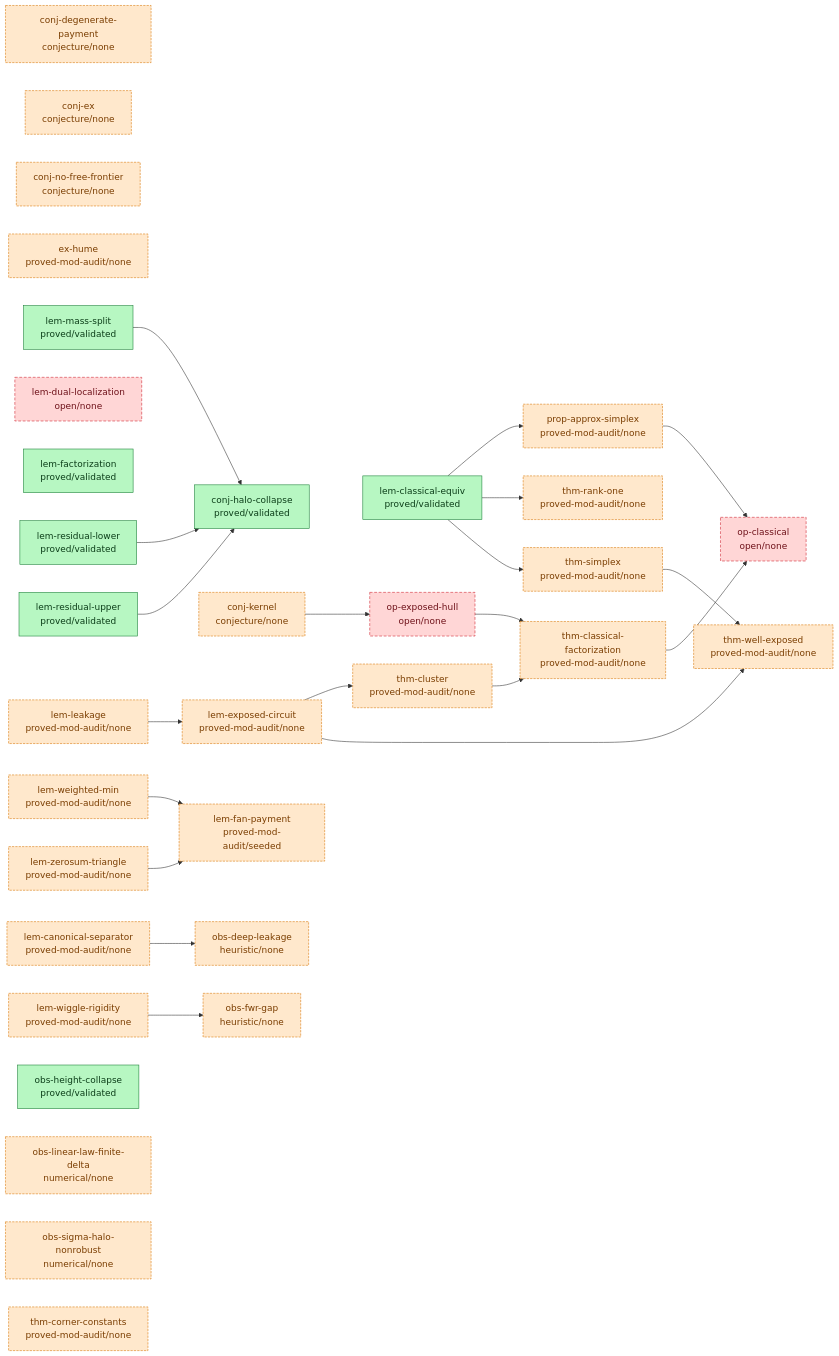
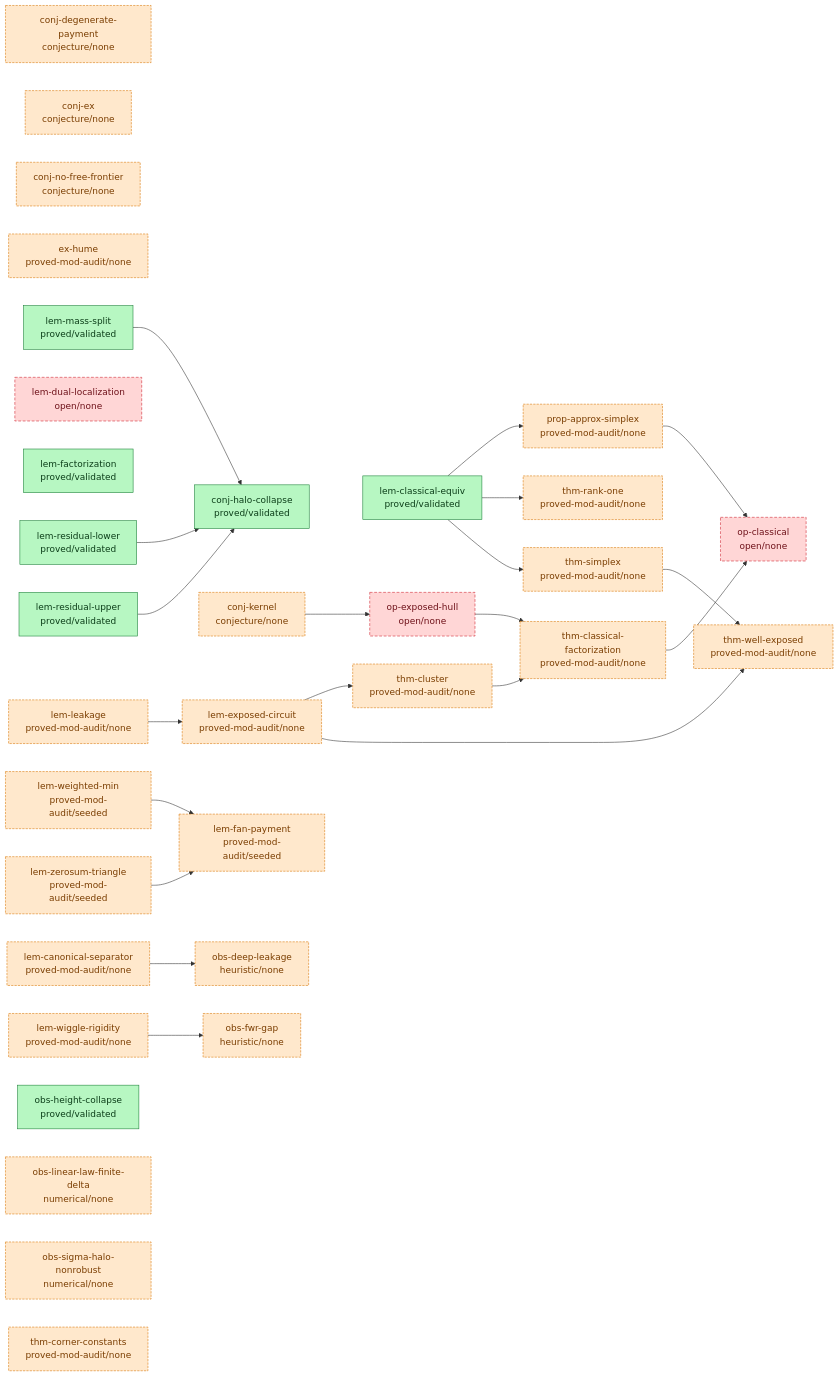
One commit to tobiasosborne/almost-idempotent-stochastic-maps changed the diagram in argument/DAG.md. Above: the diagram before and after it, drawn with Mermaid. The commit also changed 12 other files, not shown here.

First line of the commit message:
Seed af workspaces for the two fan-payment sub-lemmas (af: none->seeded)

````diff
--- a/argument/DAG.md
+++ b/argument/DAG.md
@@ -6,65 +6,65 @@
 ```mermaid
 graph LR
   classDef validated fill:#b7f7c2,stroke:#1a7f37,color:#0b3d18;
   classDef proved fill:#cfe3ff,stroke:#0969da,color:#0a3069;
   classDef seeded fill:#fff3c4,stroke:#bf8700,color:#5a4500;
   classDef stated fill:#eaecef,stroke:#8b949e,color:#24292f;
   classDef cited fill:#e7d6ff,stroke:#8250df,color:#3b1a73;
   classDef nonrigorous fill:#ffe8cc,stroke:#d97706,color:#7a3d00,stroke-dasharray:4 2;
   classDef open fill:#ffd6d6,stroke:#cf222e,color:#6e1119,stroke-dasharray:5 3;
   conj-degenerate-payment["conj-degenerate-payment<br/>conjecture/none"]
   conj-ex["conj-ex<br/>conjecture/none"]
   conj-halo-collapse["conj-halo-collapse<br/>proved/validated"]
   conj-kernel["conj-kernel<br/>conjecture/none"]
   conj-no-free-frontier["conj-no-free-frontier<br/>conjecture/none"]
   ex-hume["ex-hume<br/>proved-mod-audit/none"]
   lem-canonical-separator["lem-canonical-separator<br/>proved-mod-audit/none"]
   lem-classical-equiv["lem-classical-equiv<br/>proved/validated"]
   lem-dual-localization["lem-dual-localization<br/>open/none"]
   lem-exposed-circuit["lem-exposed-circuit<br/>proved-mod-audit/none"]
   lem-factorization["lem-factorization<br/>proved/validated"]
   lem-fan-payment["lem-fan-payment<br/>proved-mod-audit/seeded"]
   lem-leakage["lem-leakage<br/>proved-mod-audit/none"]
   lem-mass-split["lem-mass-split<br/>proved/validated"]
   lem-residual-lower["lem-residual-lower<br/>proved/validated"]
   lem-residual-upper["lem-residual-upper<br/>proved/validated"]
-  lem-weighted-min["lem-weighted-min<br/>proved-mod-audit/none"]
+  lem-weighted-min["lem-weighted-min<br/>proved-mod-audit/seeded"]
   lem-wiggle-rigidity["lem-wiggle-rigidity<br/>proved-mod-audit/none"]
-  lem-zerosum-triangle["lem-zerosum-triangle<br/>proved-mod-audit/none"]
+  lem-zerosum-triangle["lem-zerosum-triangle<br/>proved-mod-audit/seeded"]
   obs-deep-leakage["obs-deep-leakage<br/>heuristic/none"]
   obs-fwr-gap["obs-fwr-gap<br/>heuristic/none"]
   obs-height-collapse["obs-height-collapse<br/>proved/validated"]
   obs-linear-law-finite-delta["obs-linear-law-finite-delta<br/>numerical/none"]
   obs-sigma-halo-nonrobust["obs-sigma-halo-nonrobust<br/>numerical/none"]
   op-classical["op-classical<br/>open/none"]
   op-exposed-hull["op-exposed-hull<br/>open/none"]
   prop-approx-simplex["prop-approx-simplex<br/>proved-mod-audit/none"]
   thm-classical-factorization["thm-classical-factorization<br/>proved-mod-audit/none"]
   thm-cluster["thm-cluster<br/>proved-mod-audit/none"]
   thm-corner-constants["thm-corner-constants<br/>proved-mod-audit/none"]
   thm-rank-one["thm-rank-one<br/>proved-mod-audit/none"]
   thm-simplex["thm-simplex<br/>proved-mod-audit/none"]
   thm-well-exposed["thm-well-exposed<br/>proved-mod-audit/none"]
   conj-kernel --> op-exposed-hull
   lem-canonical-separator --> obs-deep-leakage
   lem-classical-equiv --> prop-approx-simplex
   lem-classical-equiv --> thm-rank-one
   lem-classical-equiv --> thm-simplex
   lem-exposed-circuit --> thm-cluster
   lem-exposed-circuit --> thm-well-exposed
   lem-leakage --> lem-exposed-circuit
   lem-mass-split --> conj-halo-collapse
   lem-residual-lower --> conj-halo-collapse
   lem-residual-upper --> conj-halo-collapse
   lem-weighted-min --> lem-fan-payment
   lem-wiggle-rigidity --> obs-fwr-gap
   lem-zerosum-triangle --> lem-fan-payment
   op-exposed-hull --> thm-classical-factorization
   prop-approx-simplex --> op-classical
   thm-classical-factorization --> op-classical
   thm-cluster --> thm-classical-factorization
   thm-simplex --> thm-well-exposed
   class conj-halo-collapse,lem-classical-equiv,lem-factorization,lem-mass-split,lem-residual-lower,lem-residual-upper,obs-height-collapse validated;
   class conj-degenerate-payment,conj-ex,conj-kernel,conj-no-free-frontier,ex-hume,lem-canonical-separator,lem-exposed-circuit,lem-fan-payment,lem-leakage,lem-weighted-min,lem-wiggle-rigidity,lem-zerosum-triangle,obs-deep-leakage,obs-fwr-gap,obs-linear-law-finite-delta,obs-sigma-halo-nonrobust,prop-approx-simplex,thm-classical-factorization,thm-cluster,thm-corner-constants,thm-rank-one,thm-simplex,thm-well-exposed nonrigorous;
   class lem-dual-localization,op-classical,op-exposed-hull open;
 ```
````
